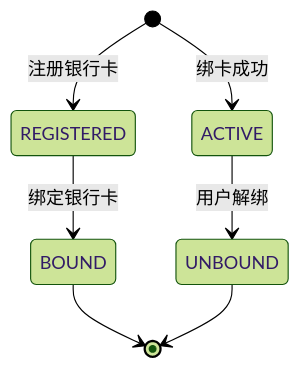
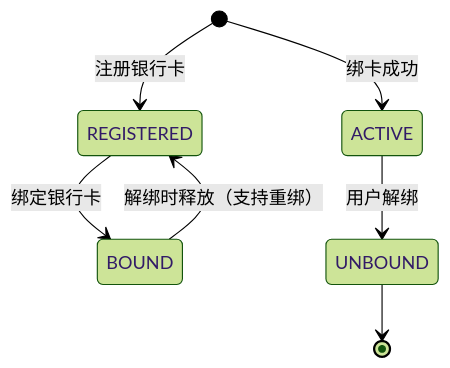
Before and after one commit to JN6565/MiniAlalipay: diagram 30 of 34 in docs/minialalipay/minialalipay-system-analysis.md, drawn with Mermaid (forest theme). The commit also changed other lines of this file and 32 other files, not shown here.

````diff
--- a/docs/minialalipay/minialalipay-system-analysis.md
+++ b/docs/minialalipay/minialalipay-system-analysis.md
@@ -1749,10 +1751,10 @@
 ```mermaid
 stateDiagram-v2
     [*] --> REGISTERED: 注册银行卡
     REGISTERED --> BOUND: 绑定银行卡
-    BOUND --> [*]
+    BOUND --> REGISTERED: 解绑时释放（支持重绑）
 
     [*] --> ACTIVE: 绑卡成功
     ACTIVE --> UNBOUND: 用户解绑
     UNBOUND --> [*]
 ```
````
